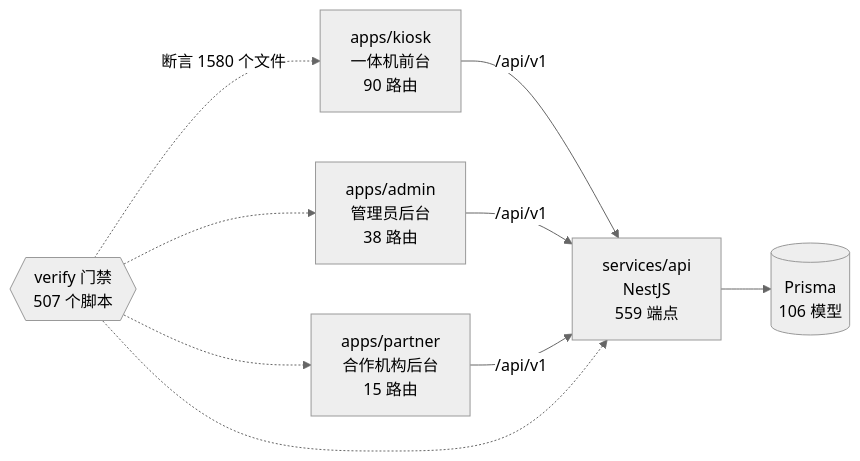
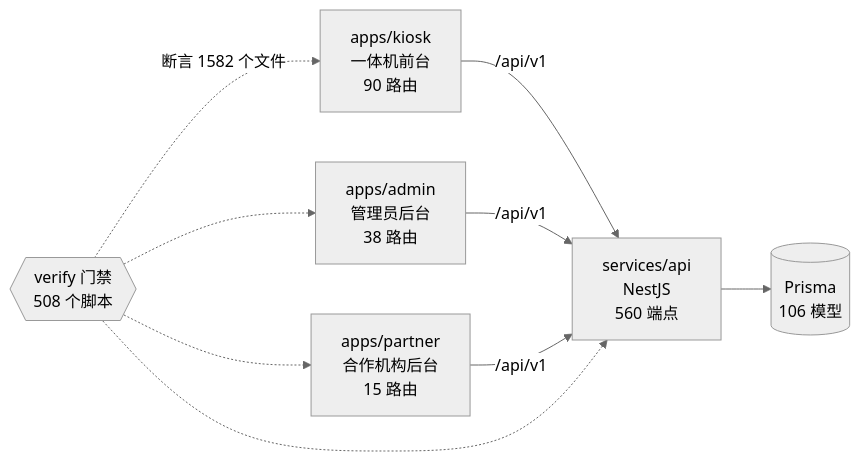
Before and after one commit to wanglei581/YITIJI: the diagram in docs/graph/README.md, drawn with Mermaid (neutral theme). The commit also changed other lines of this file and 5 other files, not shown here.

Commit message:
docs(progress): A-04 manual confirmation entry; graph regenerated

````diff
--- a/docs/graph/README.md
+++ b/docs/graph/README.md
@@ -68,18 +68,18 @@
 ```mermaid
 flowchart LR
   kiosk["apps/kiosk<br/>一体机前台<br/>90 路由"]
   admin["apps/admin<br/>管理员后台<br/>38 路由"]
   partner["apps/partner<br/>合作机构后台<br/>15 路由"]
-  api["services/api<br/>NestJS<br/>559 端点"]
+  api["services/api<br/>NestJS<br/>560 端点"]
   db[("Prisma<br/>106 模型")]
-  gates{{"verify 门禁<br/>507 个脚本"}}
+  gates{{"verify 门禁<br/>508 个脚本"}}
 
   kiosk -->|"/api/v1"| api
   admin -->|"/api/v1"| api
   partner -->|"/api/v1"| api
   api --> db
-  gates -.->|"断言 1580 个文件"| kiosk
+  gates -.->|"断言 1582 个文件"| kiosk
   gates -.-> admin
   gates -.-> partner
   gates -.-> api
 ```
````
